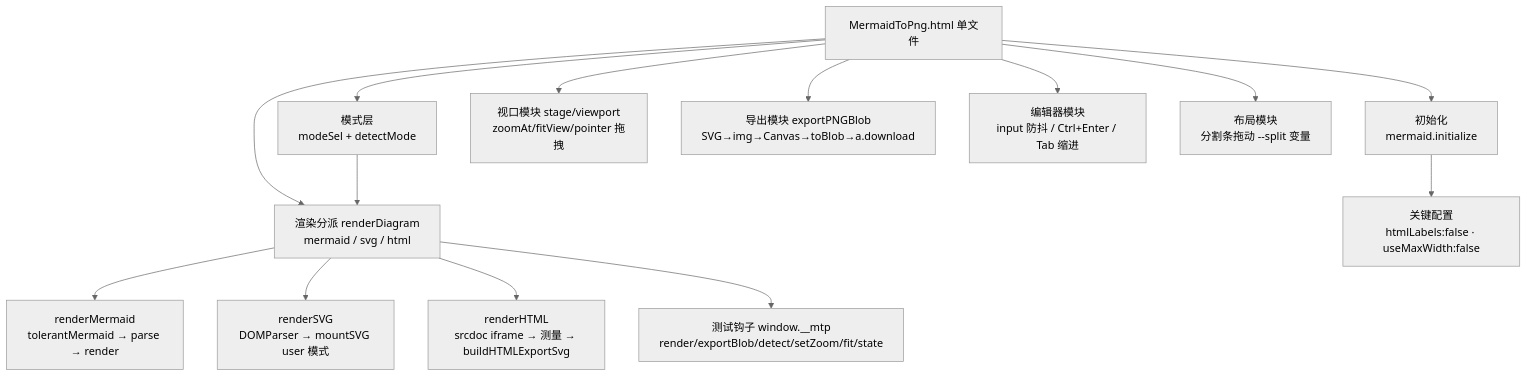
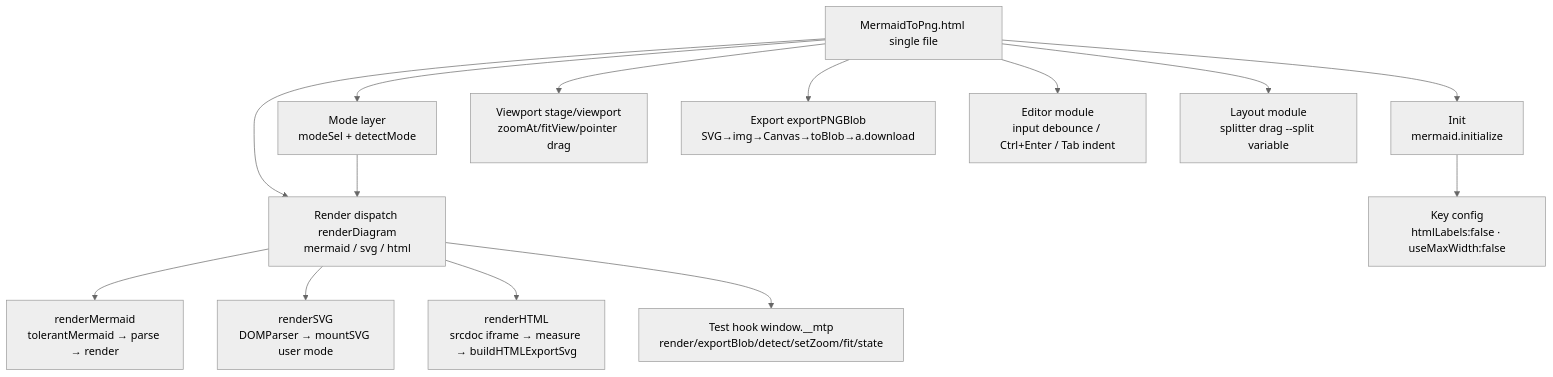
One commit to linke-e/MermaidToPng changed the first of 2 diagrams in ARCHITECTURE.md. Above: the diagram before and after it, drawn with Mermaid (neutral theme). The commit also changed other lines of this file and 6 other files, not shown here.

````diff
--- a/ARCHITECTURE.md
+++ b/ARCHITECTURE.md
@@ -34,16 +39,16 @@
 ```mermaid
 graph TD
-  A[MermaidToPng.html 单文件] --> B[初始化<br>mermaid.initialize]
-  A --> O[模式层<br>modeSel + detectMode]
-  A --> C[渲染分派 renderDiagram<br>mermaid / svg / html]
-  A --> D[视口模块 stage/viewport<br>zoomAt/fitView/pointer 拖拽]
-  A --> E[导出模块 exportPNGBlob<br>SVG→img→Canvas→toBlob→a.download]
-  A --> F[编辑器模块<br>input 防抖 / Ctrl+Enter / Tab 缩进]
-  A --> G[布局模块<br>分割条拖动 --split 变量]
+  A[MermaidToPng.html single file] --> B[Init<br>mermaid.initialize]
+  A --> O[Mode layer<br>modeSel + detectMode]
+  A --> C[Render dispatch renderDiagram<br>mermaid / svg / html]
+  A --> D[Viewport stage/viewport<br>zoomAt/fitView/pointer drag]
+  A --> E[Export exportPNGBlob<br>SVG→img→Canvas→toBlob→a.download]
+  A --> F[Editor module<br>input debounce / Ctrl+Enter / Tab indent]
+  A --> G[Layout module<br>splitter drag --split variable]
   O --> C
   C --> C1[renderMermaid<br>tolerantMermaid → parse → render]
-  C --> C2[renderSVG<br>DOMParser → mountSVG user 模式]
-  C --> C3[renderHTML<br>srcdoc iframe → 测量 → buildHTMLExportSvg]
-  B --> H[关键配置<br>htmlLabels:false · useMaxWidth:false]
-  C --> I[测试钩子 window.__mtp<br>render/exportBlob/detect/setZoom/fit/state]
+  C --> C2[renderSVG<br>DOMParser → mountSVG user mode]
+  C --> C3[renderHTML<br>srcdoc iframe → measure → buildHTMLExportSvg]
+  B --> H[Key config<br>htmlLabels:false · useMaxWidth:false]
+  C --> I[Test hook window.__mtp<br>render/exportBlob/detect/setZoom/fit/state]
 ```
````
